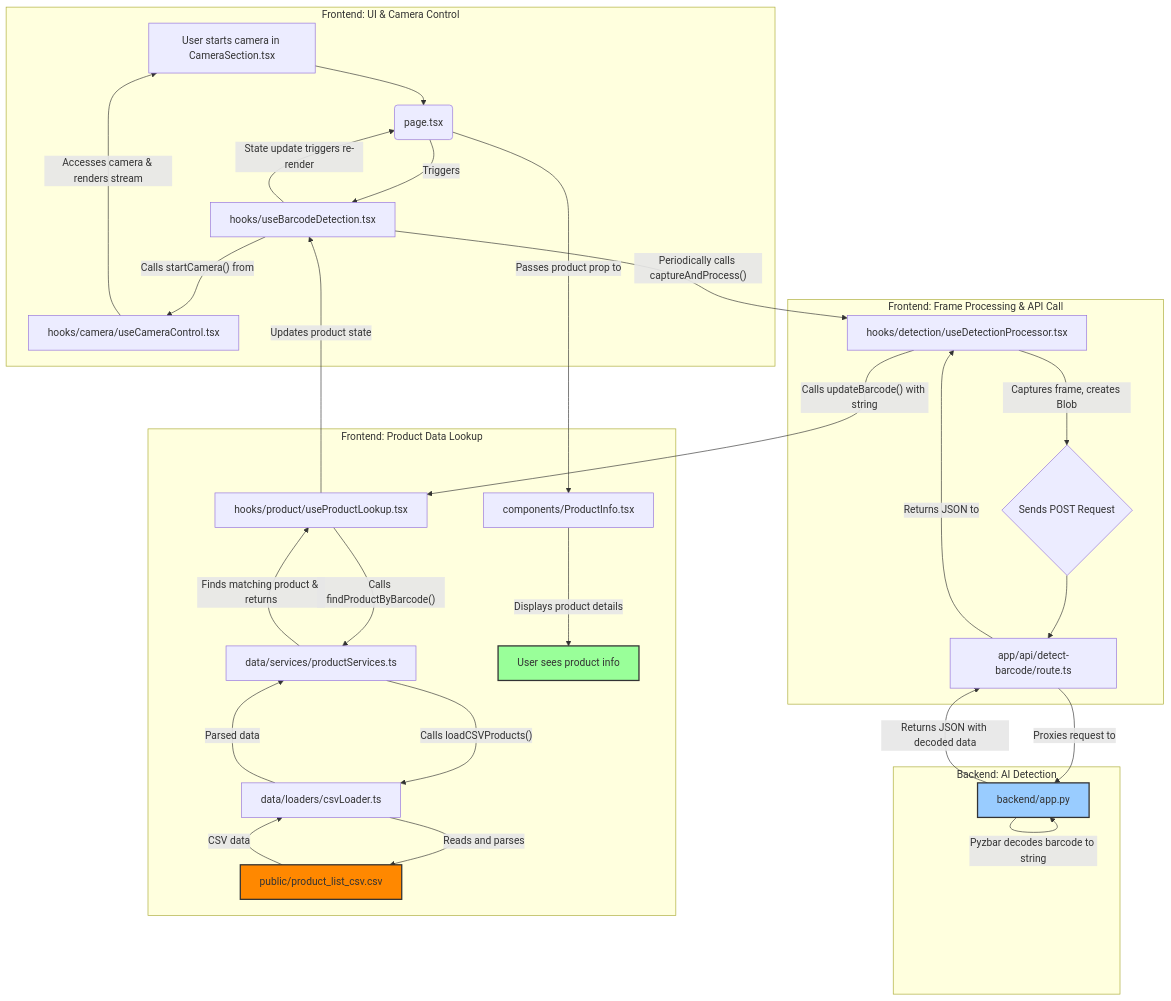
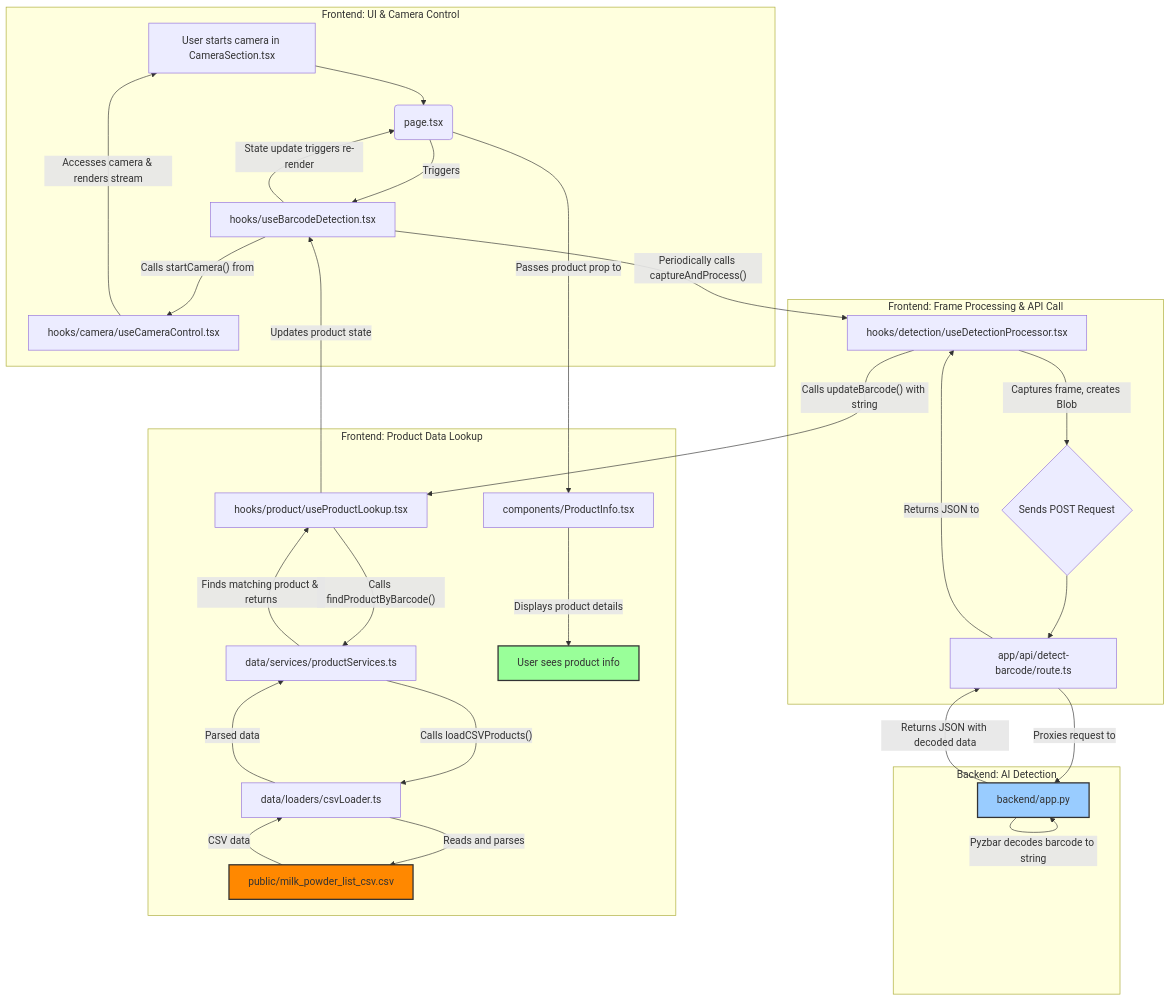
One commit to 5hyfilm/fndt-rawmaterial-stockcountautomation changed the diagram in public/mermaid/barcode-scan.mermaid. Above: the diagram before and after it, drawn with Mermaid. The commit also changed 5 other files, not shown here.

```diff
--- a/public/mermaid/barcode-scan.mermaid
+++ b/public/mermaid/barcode-scan.mermaid
@@ -1,41 +1,41 @@
 graph TD
     subgraph "Frontend: UI & Camera Control"
         A[User starts camera in CameraSection.tsx] --> B(page.tsx)
         B -- Triggers --> C[hooks/useBarcodeDetection.tsx]
         C -- Calls startCamera() from --> D[hooks/camera/useCameraControl.tsx]
         D -- Accesses camera & renders stream --> A
     end
     
     subgraph "Frontend: Frame Processing & API Call"
         C -- Periodically calls captureAndProcess() --> E[hooks/detection/useDetectionProcessor.tsx]
         E -- Captures frame, creates Blob --> F{Sends POST Request}
         F --> G[app/api/detect-barcode/route.ts]
     end
 
     subgraph "Backend: AI Detection"
         H[backend/app.py]
         G -- Proxies request to --> H
         H -- YOLOv5 finds barcode location --> H
         H -- OpenCV crops & enhances image --> H
         H -- Pyzbar decodes barcode to string --> H
         H -- Returns JSON with decoded data --> G
     end
     
     subgraph "Frontend: Product Data Lookup"
         G -- Returns JSON to --> E
         E -- Calls updateBarcode() with string --> I[hooks/product/useProductLookup.tsx]
         I -- Calls findProductByBarcode() --> J[data/services/productServices.ts]
         J -- Calls loadCSVProducts() --> K[data/loaders/csvLoader.ts]
-        K -- Reads and parses --> L[public/product_list_csv.csv]
+        K -- Reads and parses --> L[public/milk_powder_list_csv.csv]
         L -- CSV data --> K
         K -- Parsed data --> J
         J -- Finds matching product & returns --> I
         I -- Updates product state --> C
         C -- State update triggers re-render --> B
         B -- Passes product prop to --> M[components/ProductInfo.tsx]
         M -- Displays product details --> N[User sees product info]
     end
     
     style L fill:#f80,stroke:#333,stroke-width:2px
     style H fill:#9cf,stroke:#333,stroke-width:2px
     style N fill:#9f9,stroke:#333,stroke-width:2px
```
